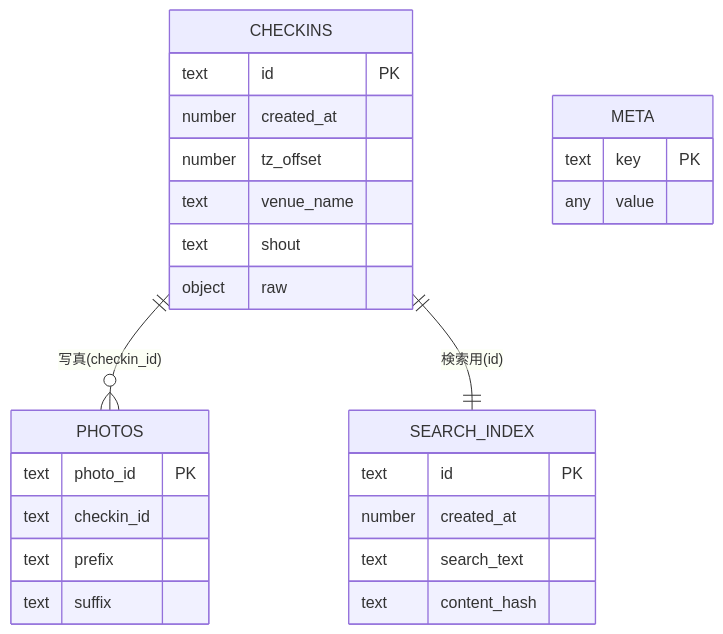
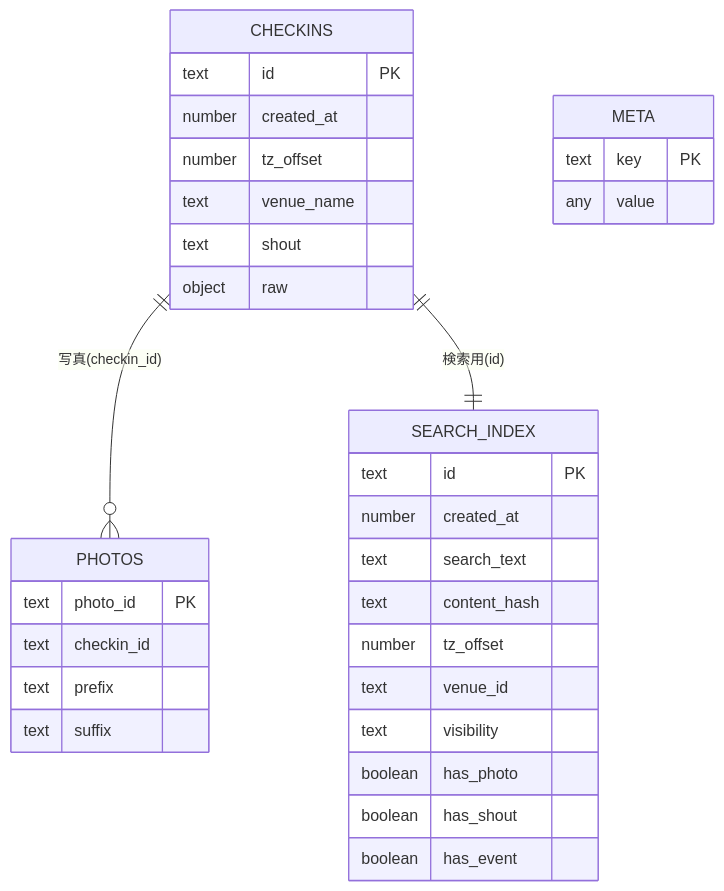
One commit to uriuriboo/houmon_mania changed the first of 2 diagrams in doc/2_basic design/06_データ設計.md. Above: the diagram before and after it, drawn with Mermaid. The commit also changed other lines of this file and 22 other files, not shown here.

````diff
--- a/doc/2_basic design/06_データ設計.md
+++ b/doc/2_basic design/06_データ設計.md
@@ -11,29 +11,35 @@
 ```mermaid
 erDiagram
   CHECKINS ||--o{ PHOTOS : "写真(checkin_id)"
   CHECKINS ||--|| SEARCH_INDEX : "検索用(id)"
   CHECKINS {
     text id PK
     number created_at
     number tz_offset
     text venue_name
     text shout
     object raw
   }
   SEARCH_INDEX {
     text id PK
     number created_at
     text search_text
     text content_hash
+    number tz_offset
+    text venue_id
+    text visibility
+    boolean has_photo
+    boolean has_shout
+    boolean has_event
   }
   PHOTOS {
     text photo_id PK
     text checkin_id
     text prefix
     text suffix
   }
   META {
     text key PK
     any value
   }
 ```
````
